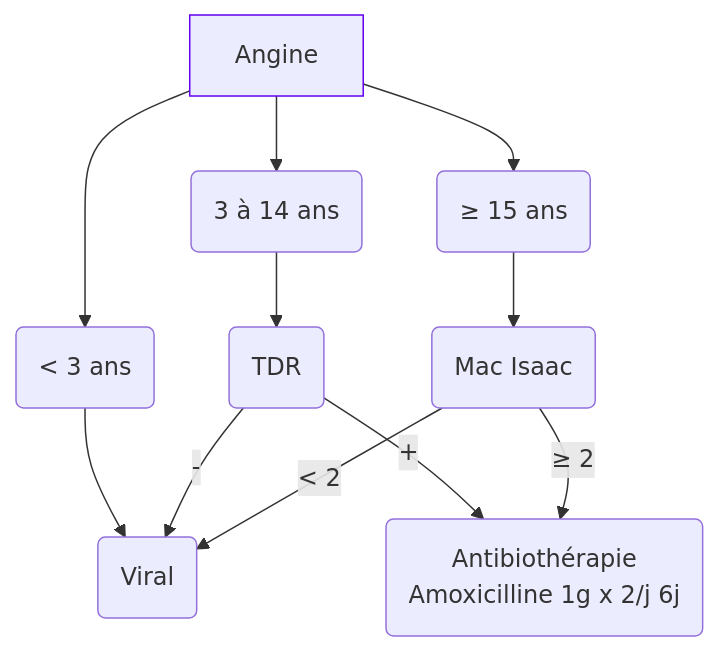
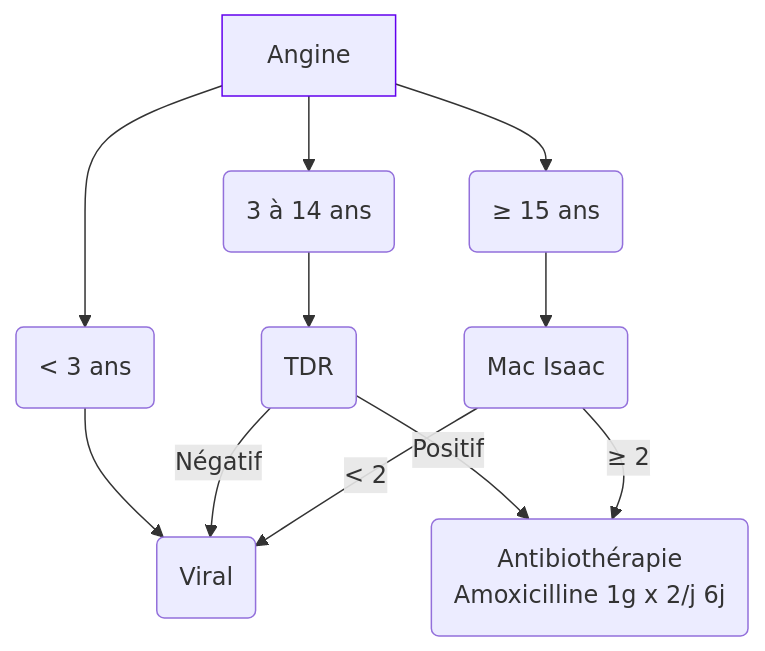
The diagram in content/recommandations/angine.md (djibe/recommandations-medicales), drawn with Mermaid before and after one commit. The commit also changed other lines of this file and 7 other files, not shown here.

```diff
--- a/content/recommandations/angine.md
+++ b/content/recommandations/angine.md
@@ -106,9 +106,9 @@
 {{< mermaid >}}
 graph TB
   angine["Angine"] --> moins3("< 3 ans") --> viral("Viral")
   style angine stroke:#6200ee, stroke-width:1px
-    angine --> 314ans("3 à 14 ans") --> TDR("TDR") -- "+" --> ATB("Antibiothérapie<br>Amoxicilline 1g x 2/j 6j")
-      TDR -- "-" --> viral
+    angine --> 314ans("3 à 14 ans") --> TDR("TDR") -- "Positif" --> ATB("Antibiothérapie<br>Amoxicilline 1g x 2/j 6j")
+      TDR -- "Négatif" --> viral
     angine --> 15plus("≥ 15 ans") --> score("Mac Isaac") -- "≥ 2" --> ATB
       score -- "< 2" --> viral
 {{< /mermaid >}}
```
